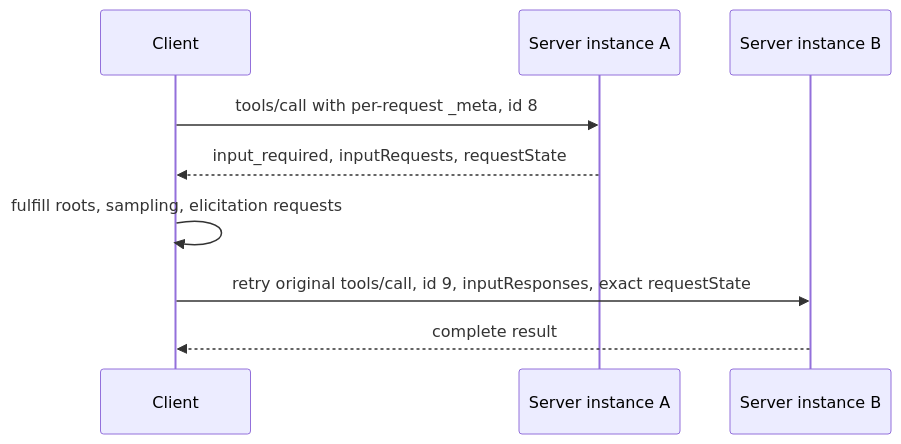
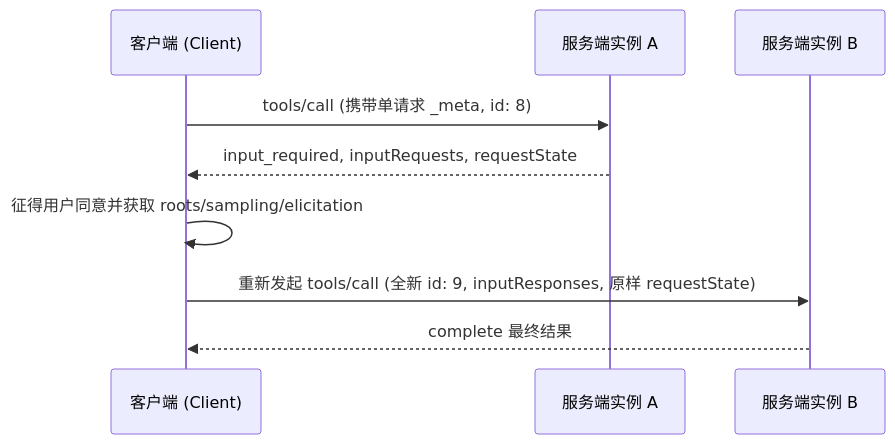
One commit to cluster1900/ai-engineering-from-scratch-zh changed the second of 3 diagrams in certifications/claude/lessons/11-mcp-server-design-and-integration/docs/en.md. Above: the diagram before and after it, drawn with Mermaid. The commit also changed other lines of this file and 187 other files, not shown here.

````diff
--- a/certifications/claude/lessons/11-mcp-server-design-and-integration/docs/en.md
+++ b/certifications/claude/lessons/11-mcp-server-design-and-integration/docs/en.md
@@ -203,11 +205,11 @@
 ```mermaid
 sequenceDiagram
-    participant C as Client
-    participant A as Server instance A
-    participant B as Server instance B
-    C->>A: tools/call with per-request _meta, id 8
+    participant C as 客户端 (Client)
+    participant A as 服务端实例 A
+    participant B as 服务端实例 B
+    C->>A: tools/call (携带单请求 _meta, id: 8)
     A-->>C: input_required, inputRequests, requestState
-    C->>C: fulfill roots, sampling, elicitation requests
-    C->>B: retry original tools/call, id 9, inputResponses, exact requestState
-    B-->>C: complete result
+    C->>C: 征得用户同意并获取 roots/sampling/elicitation
+    C->>B: 重新发起 tools/call (全新 id: 9, inputResponses, 原样 requestState)
+    B-->>C: complete 最终结果
 ```
````
